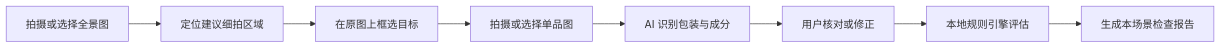
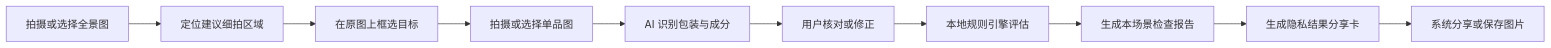
One commit to gsj1225/household-chemical-safety changed the second of 3 diagrams in README.md. Above: the diagram before and after it, drawn with Mermaid. The commit also changed other lines of this file and 27 other files, not shown here.

````diff
--- a/README.md
+++ b/README.md
@@ -117,10 +119,12 @@
 ```mermaid
 flowchart LR
     A[拍摄或选择全景图] --> B[定位建议细拍区域]
     B --> C[在原图上框选目标]
     C --> D[拍摄或选择单品图]
     D --> E[AI 识别包装与成分]
     E --> F[用户核对或修正]
     F --> G[本地规则引擎评估]
     G --> H[生成本场景检查报告]
+    H --> I[生成隐私结果分享卡]
+    I --> J[系统分享或保存图片]
 ```
````
